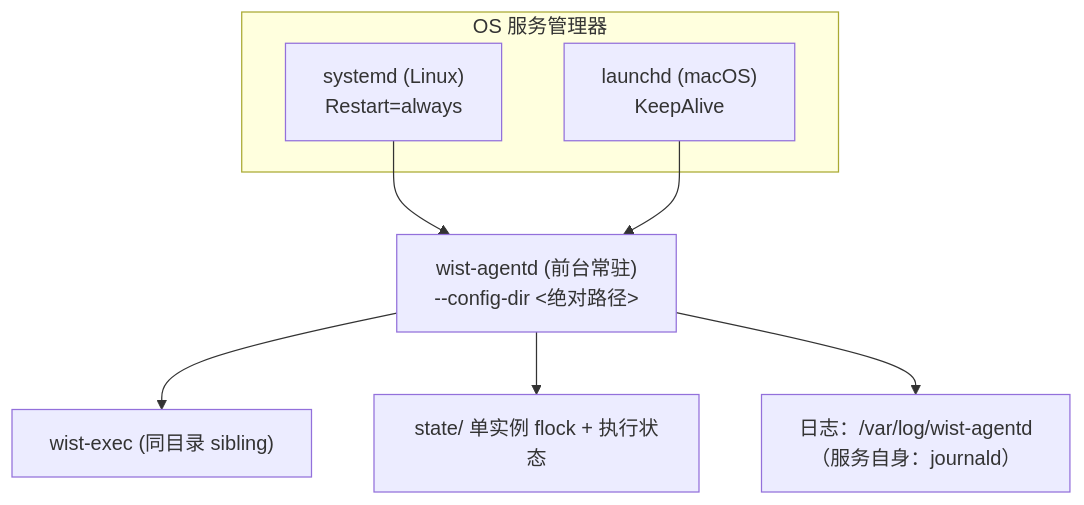
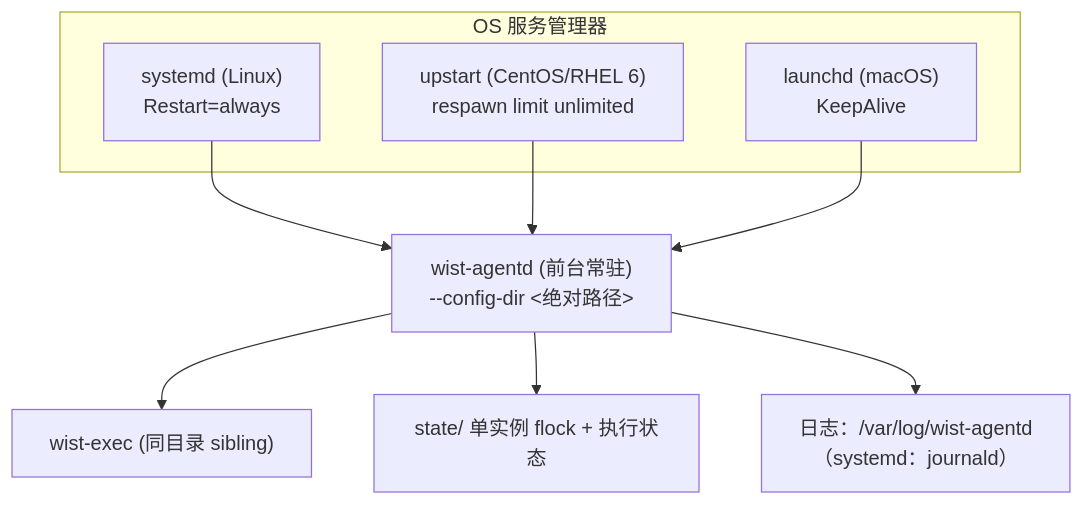
Before and after one commit to dayu-sec/wist-agentd: the diagram in docs/design/agentd-service-deployment.md, drawn with Mermaid. The commit also changed other lines of this file and 18 other files, not shown here.

First line of the commit message:
feat(service): CentOS/RHEL 6 用 upstart 托管；反复失败不再躺死

````diff
--- a/docs/design/agentd-service-deployment.md
+++ b/docs/design/agentd-service-deployment.md
@@ -35,12 +35,14 @@
 ```mermaid
 flowchart TD
     subgraph OS["OS 服务管理器"]
         S["systemd (Linux)<br/>Restart=always"]
+        U["upstart (CentOS/RHEL 6)<br/>respawn limit unlimited"]
         L["launchd (macOS)<br/>KeepAlive"]
     end
     S --> A["wist-agentd (前台常驻)<br/>--config-dir &lt;绝对路径&gt;"]
+    U --> A
     L --> A
     A --> E["wist-exec (同目录 sibling)"]
     A --> ST["state/ 单实例 flock + 执行状态"]
-    A --> LG["日志：/var/log/wist-agentd<br/>（服务自身：journald）"]
+    A --> LG["日志：/var/log/wist-agentd<br/>（systemd：journald）"]
 ```
````
